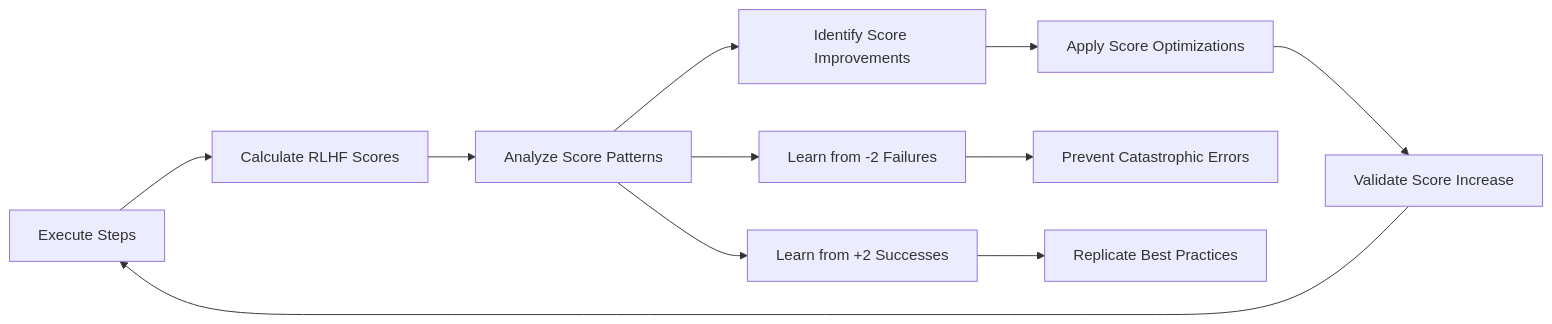
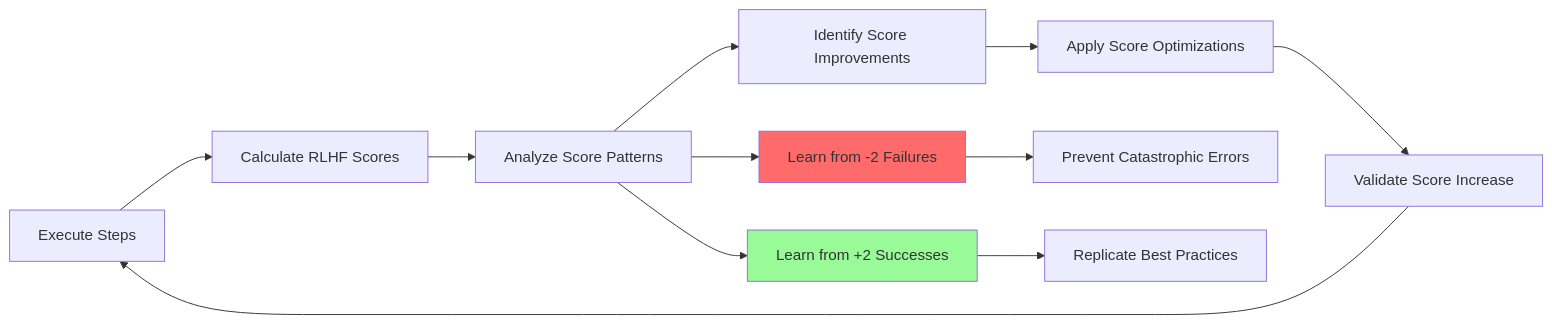
The second of 2 diagrams in .claude/commands/08-apply-domain-improvements.md (thiagobutignon/spec-kit-clean-archicteture), drawn with Mermaid before and after one commit. The commit also changed other lines of this file and 4 other files, not shown here.

````diff
--- a/.claude/commands/08-apply-domain-improvements.md
+++ b/.claude/commands/08-apply-domain-improvements.md
@@ -249,15 +361,18 @@
 ```mermaid
 graph LR
     A[Execute Steps] --> B[Calculate RLHF Scores]
     B --> C[Analyze Score Patterns]
     C --> D[Identify Score Improvements]
     D --> E[Apply Score Optimizations]
     E --> F[Validate Score Increase]
     F --> A
 
     C --> G[Learn from -2 Failures]
     G --> H[Prevent Catastrophic Errors]
 
     C --> I[Learn from +2 Successes]
     I --> J[Replicate Best Practices]
+
+    style G fill:#FF6B6B
+    style I fill:#98FB98
 ```
````
